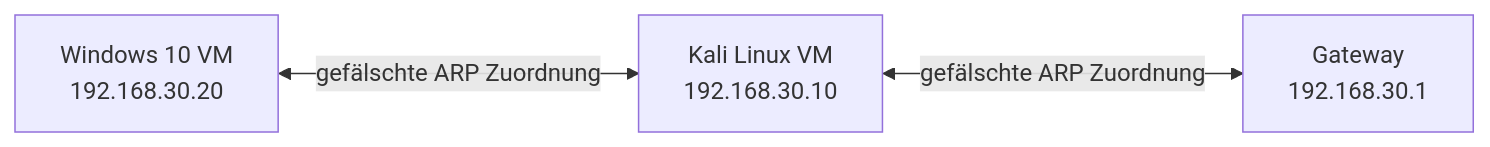
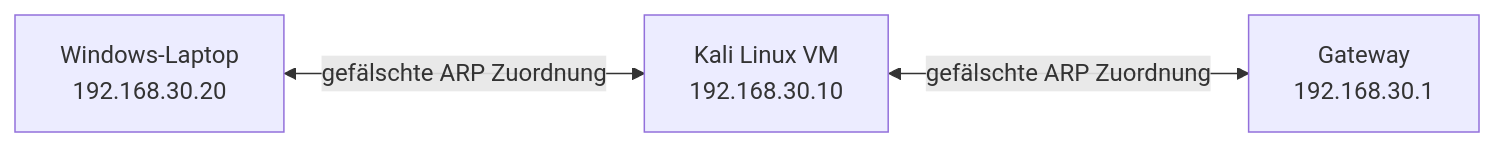
One commit to WurzbacherLara-Joanne/Projektaufgabe2-wifi-pineapple-rogue-ap changed the second of 2 diagrams in bericht/Abschlussbericht.md. Above: the diagram before and after it, drawn with Mermaid. The commit also changed other lines of this file, not shown here.

````diff
--- a/bericht/Abschlussbericht.md
+++ b/bericht/Abschlussbericht.md
@@ -77,5 +95,5 @@
 ```mermaid
 flowchart LR
-    Windows[Windows 10 VM\n192.168.30.20] <-->|gefälschte ARP Zuordnung| Kali[Kali Linux VM\n192.168.30.10]
+    Windows[Windows-Laptop\n192.168.30.20] <-->|gefälschte ARP Zuordnung| Kali[Kali Linux VM\n192.168.30.10]
     Kali <-->|gefälschte ARP Zuordnung| Gateway[Gateway\n192.168.30.1]
 ```
````
